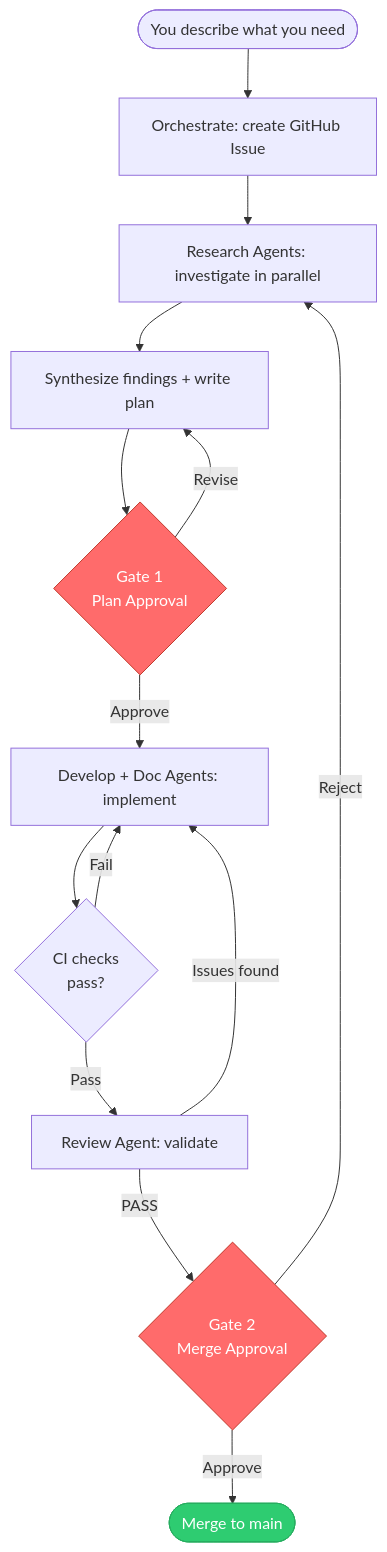
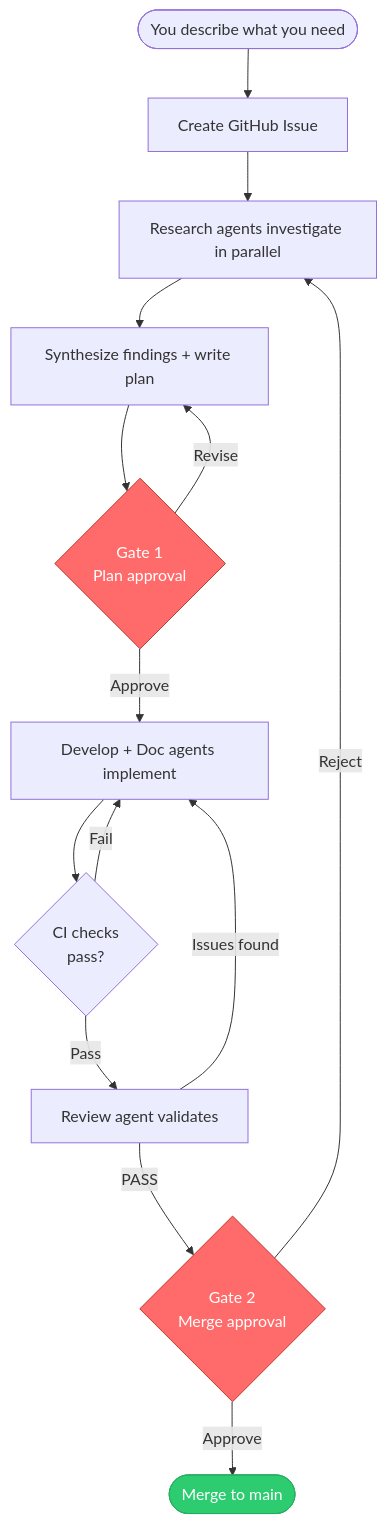
The diagram in README.md (Mpfk/auto), drawn with Mermaid before and after one commit. The commit also changed other lines of this file, not shown here.

````diff
--- a/README.md
+++ b/README.md
@@ -51,20 +24,20 @@
 ```mermaid
 flowchart TD
-    A([You describe what you need]) --> B[Orchestrate: create GitHub Issue]
-    B --> C[Research Agents: investigate in parallel]
+    A([You describe what you need]) --> B[Create GitHub Issue]
+    B --> C[Research agents investigate in parallel]
     C --> D[Synthesize findings + write plan]
-    D --> G1{Gate 1\nPlan Approval}
-    G1 -- Approve --> E[Develop + Doc Agents: implement]
+    D --> G1{Gate 1<br/>Plan approval}
+    G1 -- Approve --> E[Develop + Doc agents implement]
     G1 -- Revise --> D
-    E --> CI{CI checks\npass?}
+    E --> CI{CI checks<br/>pass?}
     CI -- Fail --> E
-    CI -- Pass --> F[Review Agent: validate]
+    CI -- Pass --> F[Review agent validates]
     F -- Issues found --> E
-    F -- PASS --> G2{Gate 2\nMerge Approval}
+    F -- PASS --> G2{Gate 2<br/>Merge approval}
     G2 -- Approve --> M([Merge to main])
     G2 -- Reject --> C
 
     style G1 fill:#ff6b6b,color:#fff,stroke:#c0392b
     style G2 fill:#ff6b6b,color:#fff,stroke:#c0392b
     style M fill:#2ecc71,color:#fff,stroke:#27ae60
 ```
````
